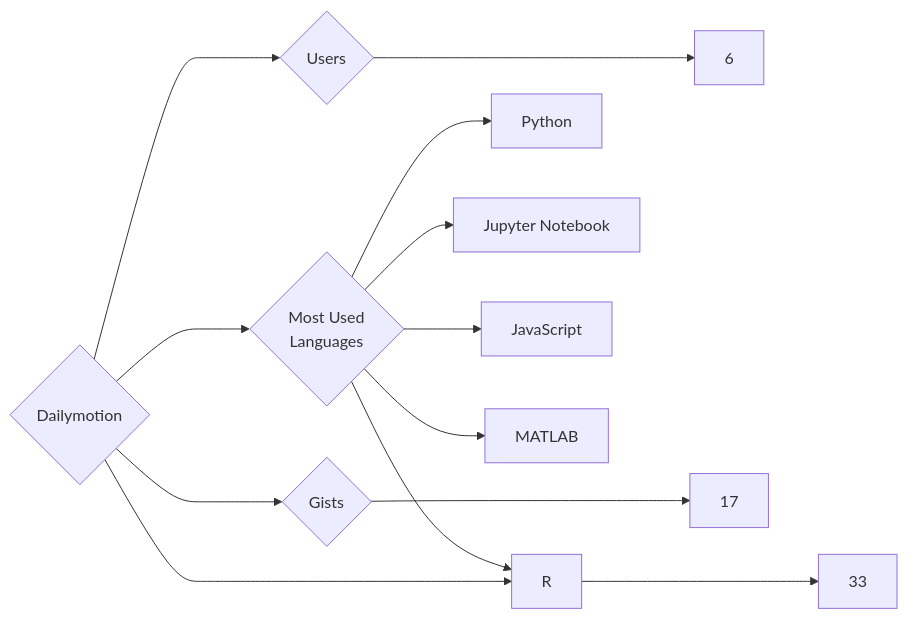
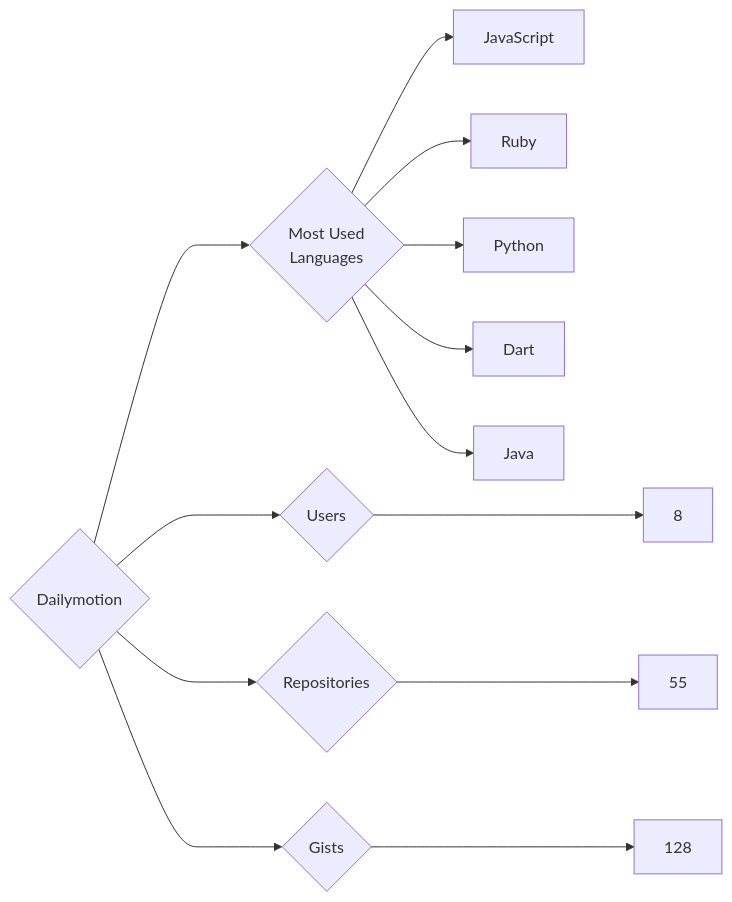
Before and after one commit to trickest/insiders: the diagram in targets/Dailymotion/README.md, drawn with Mermaid. The commit also changed 776 other files, not shown here.

````diff
--- a/targets/Dailymotion/README.md
+++ b/targets/Dailymotion/README.md
@@ -3,13 +3,13 @@
 ```mermaid
 graph LR
 COMPANY_NAME{Dailymotion}
-COMPANY_NAME ---> U{Users} ---> UN[6]
-COMPANY_NAME ---> R{Repositories} ---> RN[33]
-COMPANY_NAME ---> G{Gists} ---> GN[17]
+COMPANY_NAME ---> U{Users} ---> UN[8]
+COMPANY_NAME ---> R{Repositories} ---> RN[55]
+COMPANY_NAME ---> G{Gists} ---> GN[128]
 COMPANY_NAME ---> ML{Most Used<br>Languages}
+ML --> JavaScript[JavaScript]
+ML --> Ruby[Ruby]
 ML --> Python[Python]
-ML --> Jupyter_Notebook[Jupyter Notebook]
-ML --> JavaScript[JavaScript]
-ML --> R[R]
-ML --> MATLAB[MATLAB]
+ML --> Dart[Dart]
+ML --> Java[Java]
 ```
````
